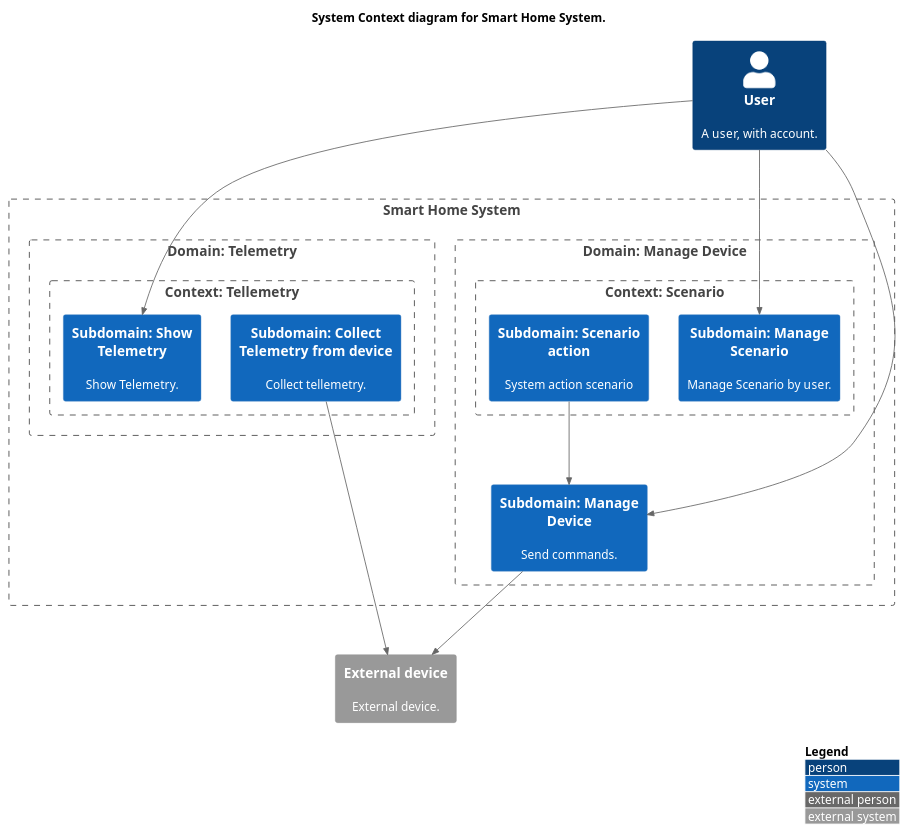
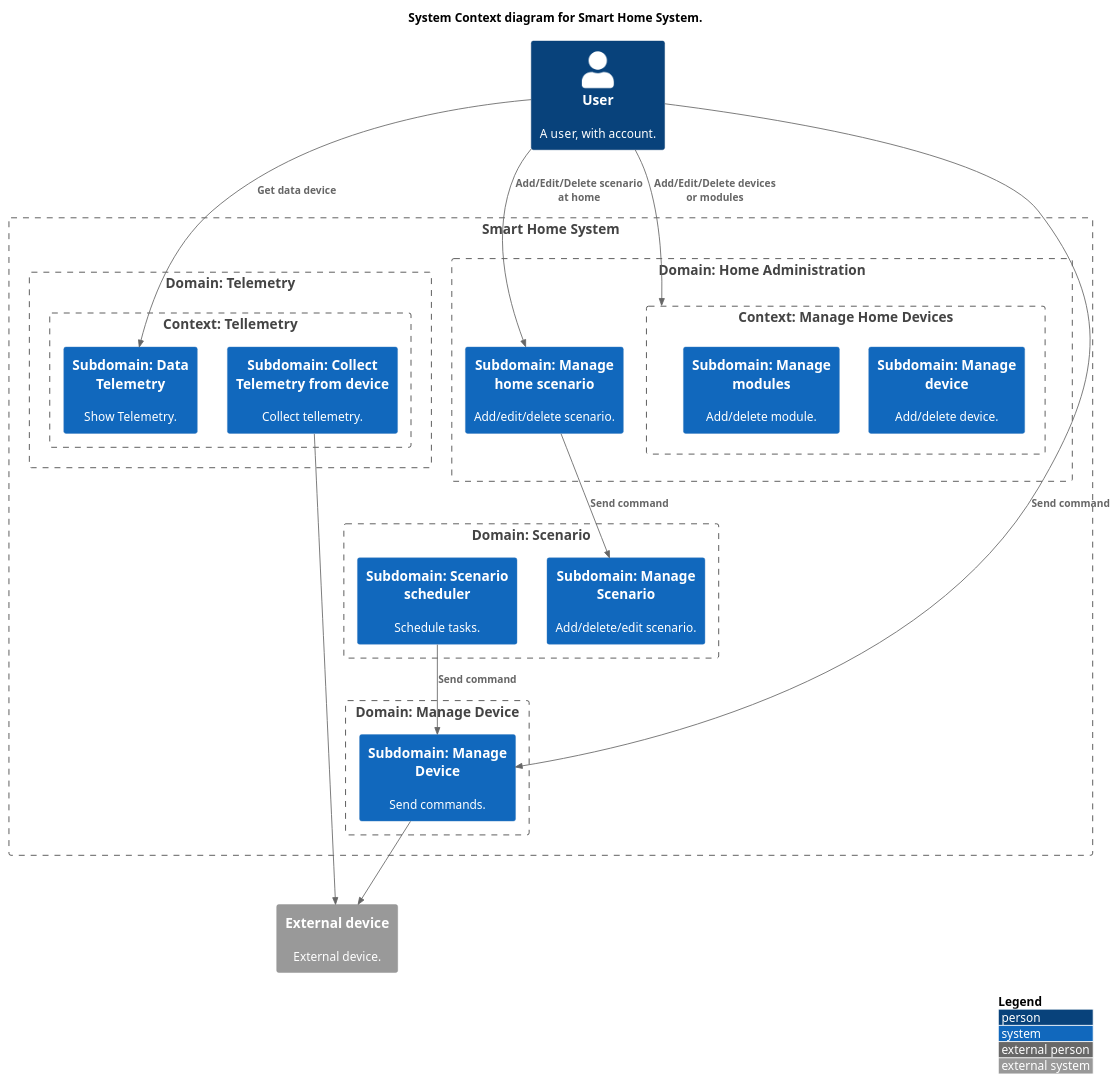
Before and after one commit to VisTzz/architecture-sprint-3: the diagram in diagrams/context/SmartHome_Context.puml, drawn with PlantUML. The commit also changed 3 other files, not shown here.

```diff
--- a/diagrams/context/SmartHome_Context.puml
+++ b/diagrams/context/SmartHome_Context.puml
@@ -1,38 +1,48 @@
 @startuml
 !include https://raw.githubusercontent.com/plantuml-stdlib/C4-PlantUML/master/C4_Context.puml
 
 LAYOUT_WITH_LEGEND()
 
 title System Context diagram for Smart Home System.
 
 Person(customer, "User", "A user, with account.")
 Boundary(shs, "Smart Home System") {
     Boundary(d1, "Domain: Manage Device") {
         System(manage_device, "Subdomain: Manage Device", "Send commands.")
-        Boundary(s1, "Context: Scenario") {
-            System(manage_scenario, "Subdomain: Manage Scenario", "Manage Scenario by user.")
-            System(scenario_action, "Subdomain: Scenario action", "System action scenario ")
-        }
     }
     Boundary(d2, "Domain: Telemetry") {
         Boundary(s3, "Context: Tellemetry") {
             System(collect_tellemetry, "Subdomain: Collect Telemetry from device", "Collect tellemetry.")
-            System(show_tellemetry, "Subdomain: Show Telemetry", "Show Telemetry.")
+            System(data_tellemetry, "Subdomain: Data Telemetry", "Show Telemetry.")
         }
+    }
+    Boundary(d3, "Domain: Home Administration") {
+        Boundary(s4, "Context: Manage Home Devices") {
+            System(home_manage_devices, "Subdomain: Manage device", "Add/delete device.")
+            System(home_manage_modules, "Subdomain: Manage modules", "Add/delete module.")            
+        }
+       System(home_manage_scenario, "Subdomain: Manage home scenario", "Add/edit/delete scenario.")
+    }
+
+    Boundary(d4, "Domain: Scenario") {
+       System(scenario_manage, "Subdomain: Manage Scenario", "Add/delete/edit scenario.")
+       System(scenario_scheduler, "Subdomain: Scenario scheduler", "Schedule tasks.")
     }
 }
 
 
 System_Ext(ext_device, "External device", "External device.")
 
-Rel(customer, manage_device, "")
-Rel(customer, show_tellemetry, "")
-Rel(customer, manage_scenario, "")
+Rel(customer, manage_device, "Send command")
+Rel(customer, data_tellemetry, "Get data device")
+Rel(customer, s4, "Add/Edit/Delete devices or modules")
+Rel(customer, home_manage_scenario, "Add/Edit/Delete scenario at home")
 
-Rel(scenario_action, manage_device, "")
 
 Rel_Neighbor(collect_tellemetry, ext_device, "", "")
 Rel_D(manage_device, ext_device, "", "")
 
+Rel_D(home_manage_scenario, scenario_manage, "Send command")
+Rel_D(scenario_scheduler, manage_device, "Send command")
 
 @enduml
```
